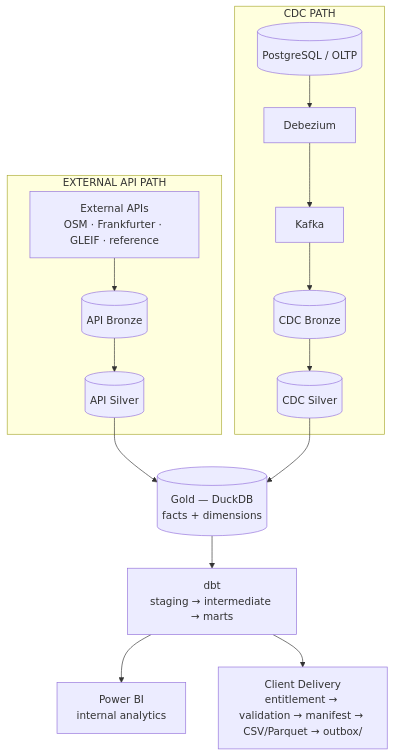
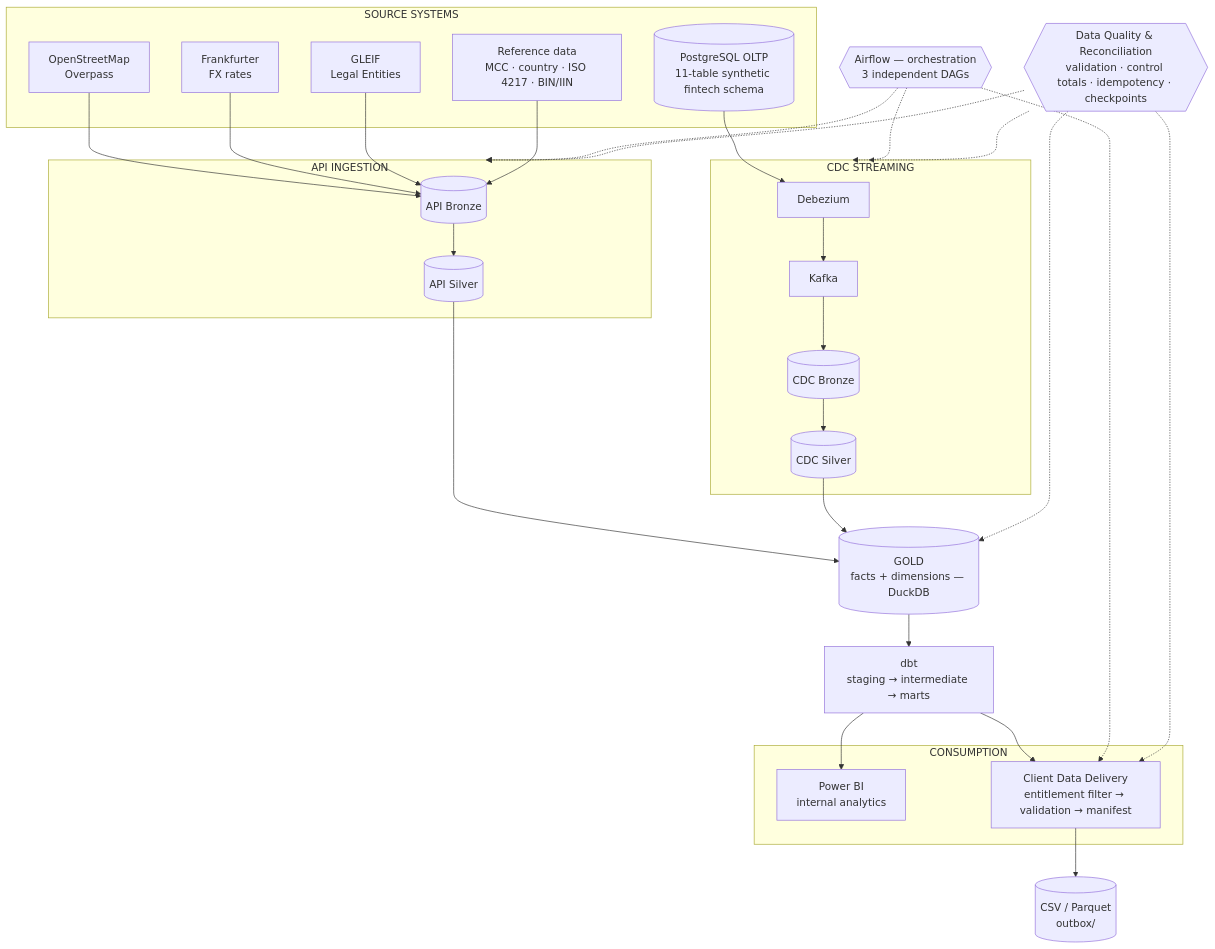
One commit to mumairnawaz/MerchantMCC-DE changed the diagram in architecture/README.md. Above: the diagram before and after it, drawn with Mermaid. The commit also changed other lines of this file and 35 other files, not shown here.

Commit message:
Enhance portfolio documentation and architecture evidence

````diff
--- a/architecture/README.md
+++ b/architecture/README.md
@@ -10,14 +10,40 @@
 ```mermaid
 flowchart TB
-    subgraph API_PATH["EXTERNAL API PATH"]
-        EXT["External APIs<br/>OSM · Frankfurter · GLEIF · reference"] --> ABronze[("API Bronze")] --> ASilver[("API Silver")]
+    subgraph SOURCES["SOURCE SYSTEMS"]
+        OSM["OpenStreetMap<br/>Overpass"]
+        FX["Frankfurter<br/>FX rates"]
+        GLEIF["GLEIF<br/>Legal Entities"]
+        REF["Reference data<br/>MCC · country · ISO 4217 · BIN/IIN"]
+        PG[("PostgreSQL OLTP<br/>11-table synthetic fintech schema")]
     end
-    subgraph CDC_PATH["CDC PATH"]
-        PG[("PostgreSQL / OLTP")] --> DBZ["Debezium"] --> KAFKA["Kafka"] --> CBronze[("CDC Bronze")] --> CSilver[("CDC Silver")]
+    subgraph APIPATH["API INGESTION"]
+        ABronze[("API Bronze")] --> ASilver[("API Silver")]
     end
-    ASilver --> GOLD[("Gold — DuckDB<br/>facts + dimensions")]
+    subgraph CDCPATH["CDC STREAMING"]
+        DBZ["Debezium"] --> KAFKA["Kafka"] --> CBronze[("CDC Bronze")] --> CSilver[("CDC Silver")]
+    end
+    OSM --> ABronze
+    FX --> ABronze
+    GLEIF --> ABronze
+    REF --> ABronze
+    PG --> DBZ
+    ASilver --> GOLD[("GOLD<br/>facts + dimensions — DuckDB")]
     CSilver --> GOLD
     GOLD --> DBT["dbt<br/>staging → intermediate → marts"]
-    DBT --> BI["Power BI<br/>internal analytics"]
-    DBT --> DELIVERY["Client Delivery<br/>entitlement → validation → manifest → CSV/Parquet → outbox/"]
+    subgraph CONSUMPTION["CONSUMPTION"]
+        BI["Power BI<br/>internal analytics"]
+        DELIVERY["Client Data Delivery<br/>entitlement filter → validation → manifest"]
+    end
+    DBT --> BI
+    DBT --> DELIVERY
+    DELIVERY --> FILES[("CSV / Parquet<br/>outbox/")]
+    ORCH{{"Airflow — orchestration<br/>3 independent DAGs"}}
+    ORCH -.-> APIPATH
+    ORCH -.-> CDCPATH
+    ORCH -.-> DELIVERY
+    QUALITY{{"Data Quality & Reconciliation<br/>validation · control totals · idempotency · checkpoints"}}
+    QUALITY -.-> APIPATH
+    QUALITY -.-> CDCPATH
+    QUALITY -.-> GOLD
+    QUALITY -.-> DELIVERY
 ```
````
